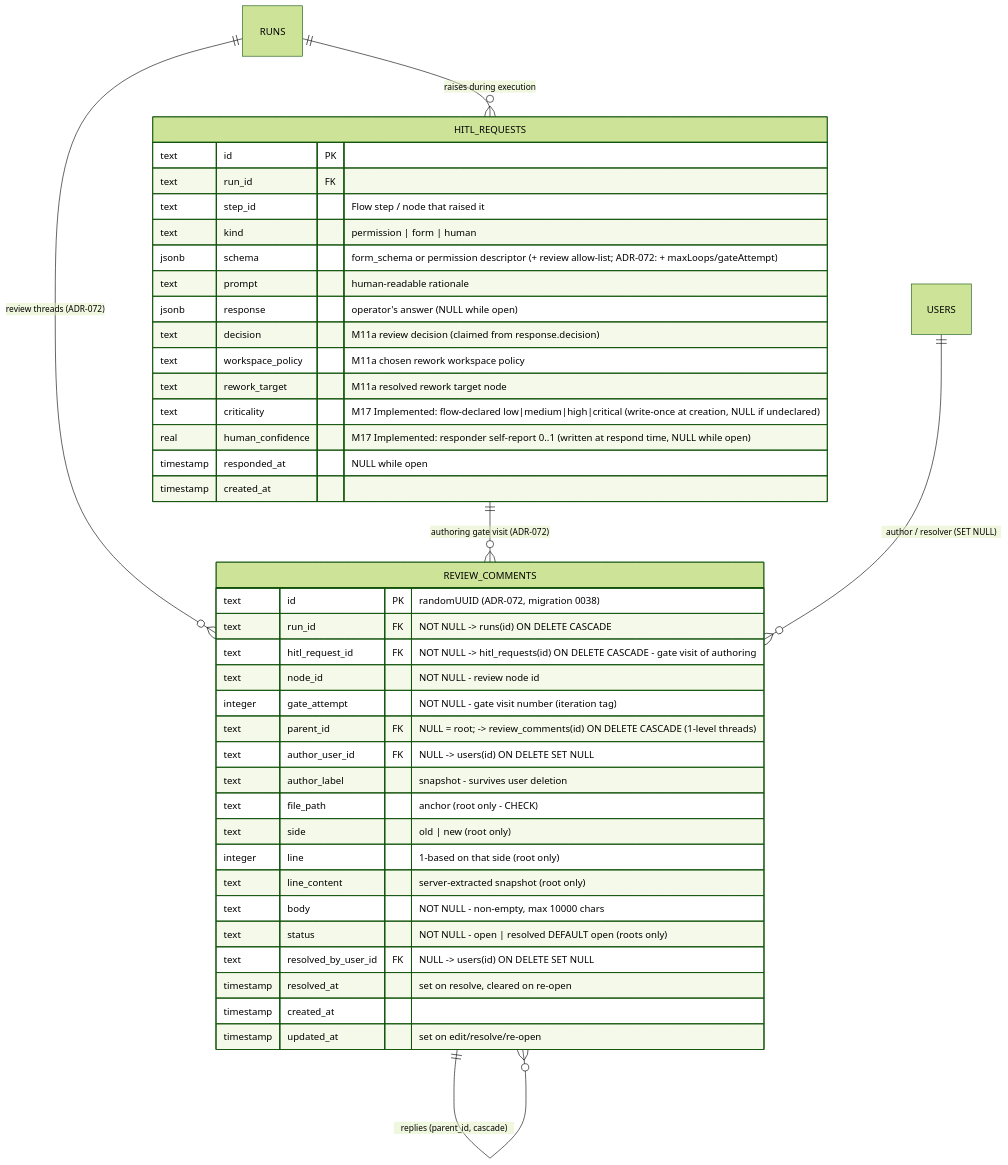
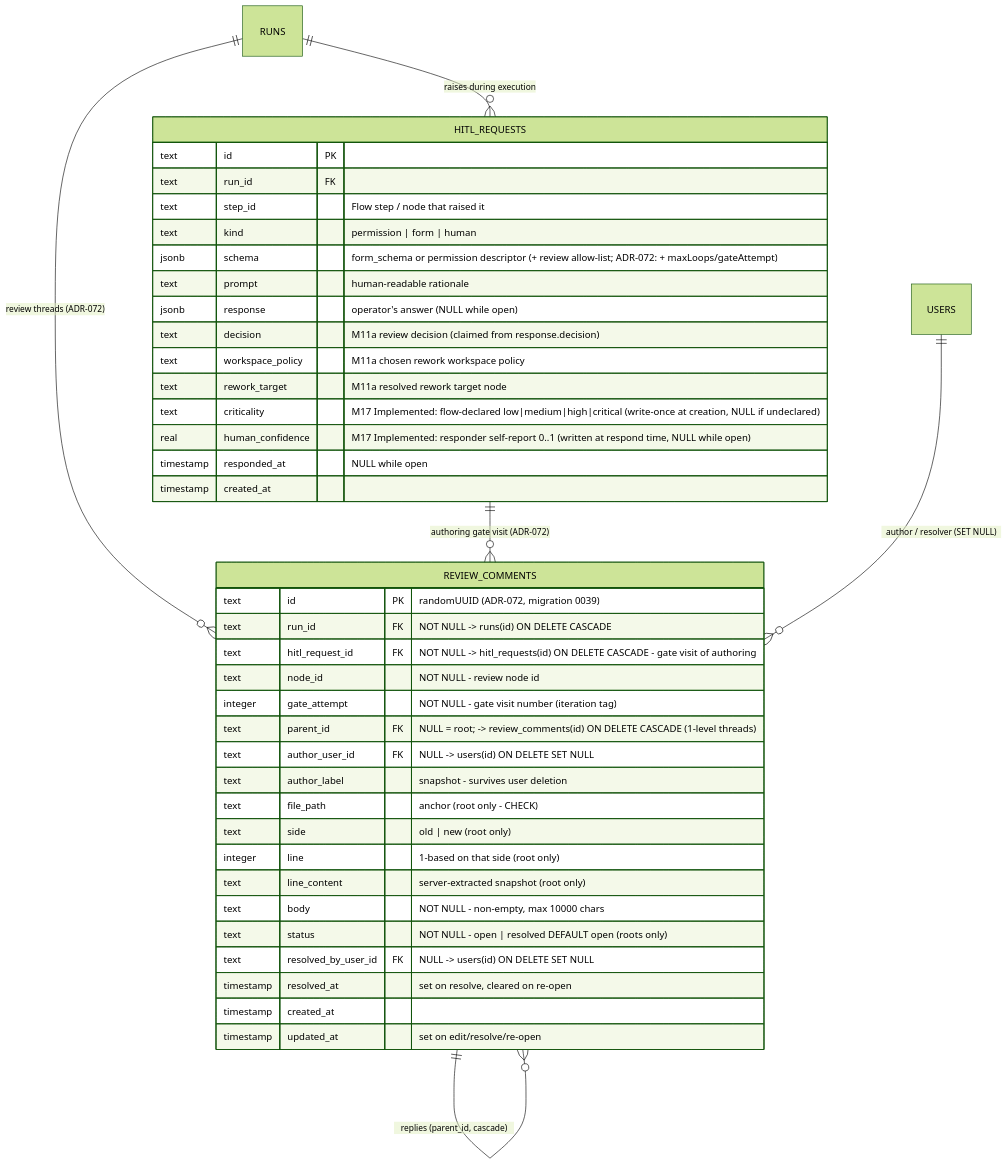
The first of 2 diagrams in docs/db/hitl-domain.md (maister-dev/maister), drawn with Mermaid (forest theme) before and after one commit. The commit also changed other lines of this file and 6 other files, not shown here.

First line of the commit message:
docs(review-comments): fix ADR-072/migration-0039 renumber collisions

````diff
--- a/docs/db/hitl-domain.md
+++ b/docs/db/hitl-domain.md
@@ -10,46 +10,46 @@
 ```mermaid
 erDiagram
     RUNS ||--o{ HITL_REQUESTS : "raises during execution"
     RUNS ||--o{ REVIEW_COMMENTS : "review threads (ADR-072)"
     HITL_REQUESTS ||--o{ REVIEW_COMMENTS : "authoring gate visit (ADR-072)"
     USERS ||--o{ REVIEW_COMMENTS : "author / resolver (SET NULL)"
     REVIEW_COMMENTS ||--o{ REVIEW_COMMENTS : "replies (parent_id, cascade)"
 
     HITL_REQUESTS {
         text id PK
         text run_id FK
         text step_id "Flow step / node that raised it"
         text kind "permission | form | human"
         jsonb schema "form_schema or permission descriptor (+ review allow-list; ADR-072: + maxLoops/gateAttempt)"
         text prompt "human-readable rationale"
         jsonb response "operator's answer (NULL while open)"
         text decision "M11a review decision (claimed from response.decision)"
         text workspace_policy "M11a chosen rework workspace policy"
         text rework_target "M11a resolved rework target node"
         text criticality "M17 Implemented: flow-declared low|medium|high|critical (write-once at creation, NULL if undeclared)"
         real human_confidence "M17 Implemented: responder self-report 0..1 (written at respond time, NULL while open)"
         timestamp responded_at "NULL while open"
         timestamp created_at
     }
 
     REVIEW_COMMENTS {
-        text id PK "randomUUID (ADR-072, migration 0038)"
+        text id PK "randomUUID (ADR-072, migration 0039)"
         text run_id FK "NOT NULL -> runs(id) ON DELETE CASCADE"
         text hitl_request_id FK "NOT NULL -> hitl_requests(id) ON DELETE CASCADE - gate visit of authoring"
         text node_id "NOT NULL - review node id"
         integer gate_attempt "NOT NULL - gate visit number (iteration tag)"
         text parent_id FK "NULL = root; -> review_comments(id) ON DELETE CASCADE (1-level threads)"
         text author_user_id FK "NULL -> users(id) ON DELETE SET NULL"
         text author_label "snapshot - survives user deletion"
         text file_path "anchor (root only - CHECK)"
         text side "old | new (root only)"
         integer line "1-based on that side (root only)"
         text line_content "server-extracted snapshot (root only)"
         text body "NOT NULL - non-empty, max 10000 chars"
         text status "NOT NULL - open | resolved DEFAULT open (roots only)"
         text resolved_by_user_id FK "NULL -> users(id) ON DELETE SET NULL"
         timestamp resolved_at "set on resolve, cleared on re-open"
         timestamp created_at
         timestamp updated_at "set on edit/resolve/re-open"
     }
 ```
````
